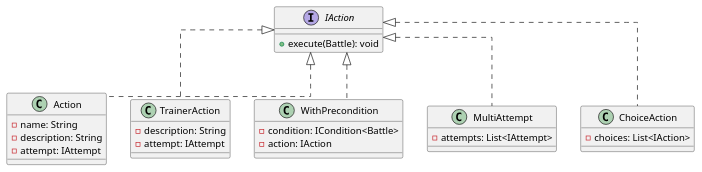
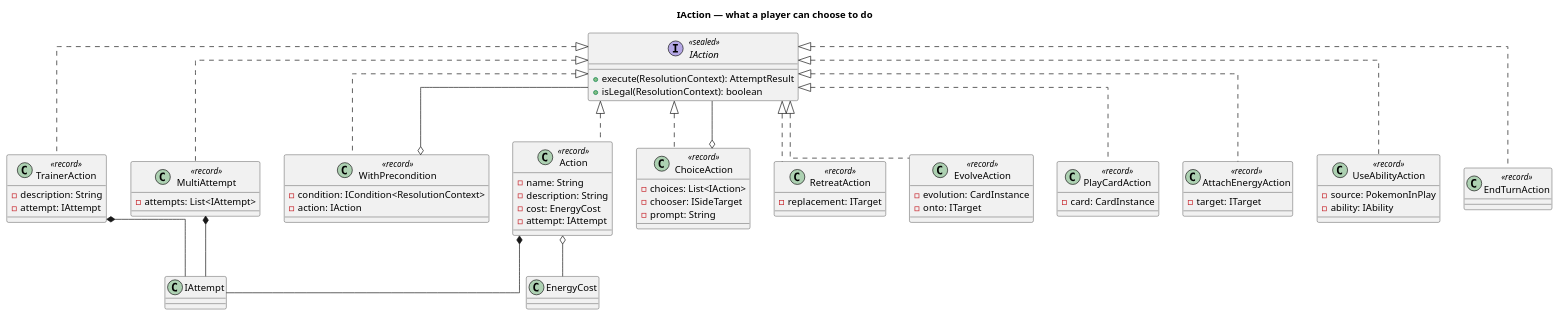
Before and after one commit to Richie-Moon/TCGPocketBattler: the diagram in docs/UML/IAction.puml, drawn with PlantUML. The commit also changed 39 other files, not shown here.

Commit message:
feat(docs): Refined UML docs

```diff
--- a/docs/UML/IAction.puml
+++ b/docs/UML/IAction.puml
@@ -1,32 +1,89 @@
 @startuml
+title IAction — what a player can choose to do
+
 skinparam linetype ortho
 
-interface IAction {
-    + execute(Battle): void
+interface IAction <<sealed>> {
+    + execute(ResolutionContext): AttemptResult
+    /' Used by Battle.legalActions to filter what the player is offered.
+       See GameFlow.puml. '/
+    + isLegal(ResolutionContext): boolean
 }
 
-class Action implements IAction {
+/' --- printed on cards --- '/
+
+/' An attack. '/
+class Action <<record>> implements IAction {
     - name: String
+    - description: String
+    /' Gates the attack on attached energy — previously missing, so no attack
+       could be restricted at all. See Energy.puml. '/
+    - cost: EnergyCost
+    - attempt: IAttempt
+}
+
+class TrainerAction <<record>> implements IAction {
     - description: String
     - attempt: IAttempt
 }
 
-class TrainerAction implements IAction {
-    - description: String
-    - attempt: IAttempt
-}
+/' --- combinators --- '/
 
-class WithPrecondition implements IAction {
-    - condition: ICondition<Battle>
+class WithPrecondition <<record>> implements IAction {
+    - condition: ICondition<ResolutionContext>
     - action: IAction
 }
 
-class MultiAttempt implements IAction {
+/' Each attempt is made independently: one failing does not stop the next.
+   Contrast Attempt, which short-circuits internally. '/
+class MultiAttempt <<record>> implements IAction {
     - attempts: List<IAttempt>
 }
 
-class ChoiceAction implements IAction {
+/' "Choose one:" — the branch is picked at resolution time by an agent, not
+   baked in when the card is built. See IPlayer.puml. '/
+class ChoiceAction <<record>> implements IAction {
     - choices: List<IAction>
+    - chooser: ISideTarget
+    - prompt: String
 }
 
+/' --- generated by the engine, not printed on a card --- '/
+
+/'
+  Battle.legalActions(Side) returns these alongside the active Pokemon's
+  attacks, so an IPlayer picks its whole turn from one uniform list. This is
+  the piece that turns the model into a simulator rather than a card renderer.
+'/
+class RetreatAction <<record>> implements IAction {
+    - replacement: ITarget
+}
+
+class EvolveAction <<record>> implements IAction {
+    - evolution: CardInstance
+    - onto: ITarget
+}
+
+class PlayCardAction <<record>> implements IAction {
+    - card: CardInstance
+}
+
+class AttachEnergyAction <<record>> implements IAction {
+    - target: ITarget
+}
+
+class UseAbilityAction <<record>> implements IAction {
+    - source: PokemonInPlay
+    - ability: IAbility
+}
+
+class EndTurnAction <<record>> implements IAction {}
+
+Action *-- IAttempt
+Action o-- EnergyCost
+TrainerAction *-- IAttempt
+WithPrecondition o-- IAction
+MultiAttempt *-- IAttempt
+ChoiceAction o-- IAction
+
 @enduml
```
